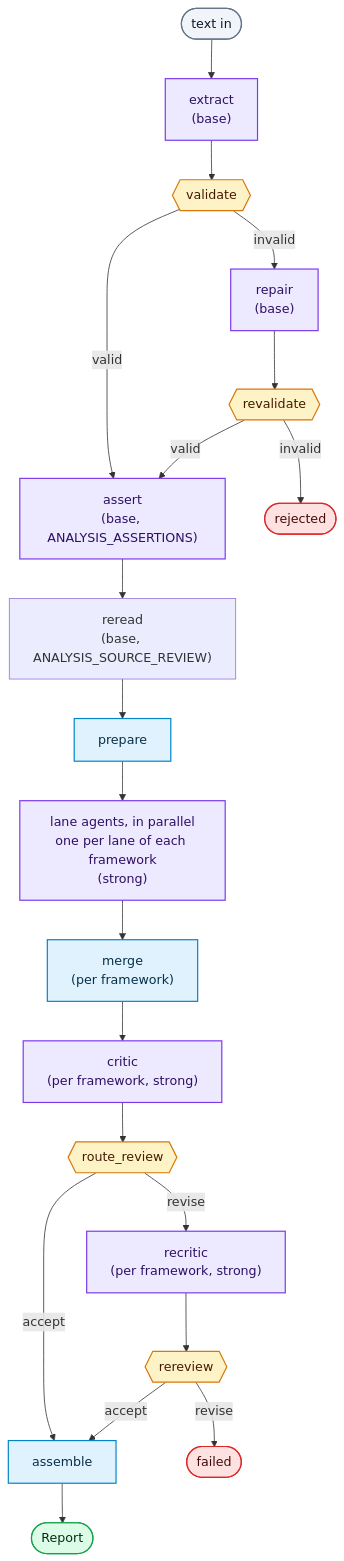
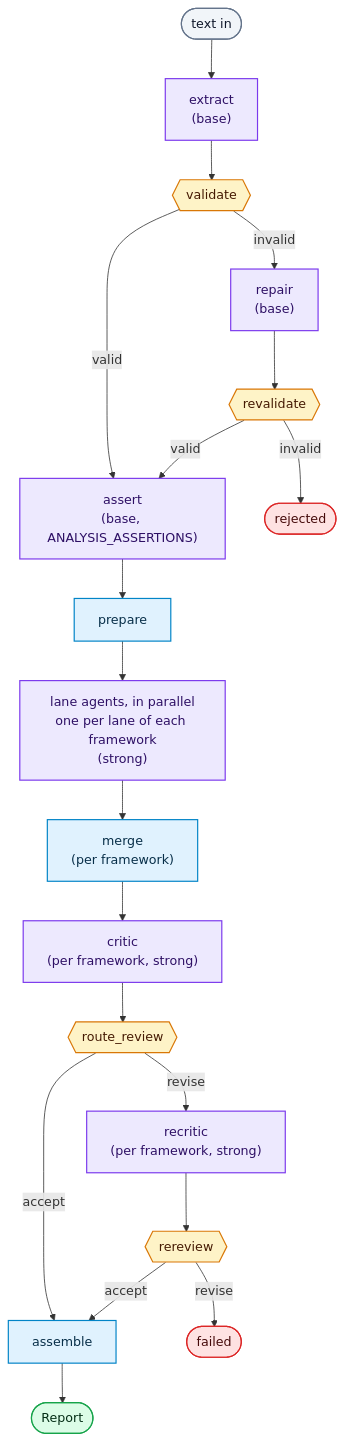
Before and after one commit to mstarks01/work-agent: the diagram in docs/Architecture.md, drawn with Mermaid. The commit also changed other lines of this file and 114 other files, not shown here.

First line of the commit message:
Remove the facts-first reading and the source review pass (#1003) (#1603)

````diff
--- a/docs/Architecture.md
+++ b/docs/Architecture.md
@@ -18,38 +18,37 @@
 ```mermaid
 flowchart TD
     start([text in]) --> extract["extract<br/>(base)"]
     extract --> validate{{validate}}
     validate -- valid --> assert["assert<br/>(base, ANALYSIS_ASSERTIONS)"]
     validate -- invalid --> repair["repair<br/>(base)"]
     repair --> revalidate{{revalidate}}
     revalidate -- valid --> assert
     revalidate -- invalid --> reject([rejected])
-    assert --> reread["reread<br/>(base, ANALYSIS_SOURCE_REVIEW)"]
-    reread --> prepare[prepare]
+    assert --> prepare[prepare]
 
     prepare --> analyze["lane agents, in parallel<br/>one per lane of each framework<br/>(strong)"]
     analyze --> merge["merge<br/>(per framework)"]
     merge --> critic["critic<br/>(per framework, strong)"]
     critic --> router{{route_review}}
 
     router -- accept --> assemble[assemble]
     router -- revise --> recritic["recritic<br/>(per framework, strong)"]
     recritic --> rereview{{rereview}}
     rereview -- accept --> assemble
     rereview -- revise --> failed([failed])
     assemble --> report([Report])
 
     classDef llm fill:#ede9fe,stroke:#7c3aed,stroke-width:1.5px,color:#2e1065
     classDef code fill:#e0f2fe,stroke:#0284c7,stroke-width:1.5px,color:#082f49
     classDef gate fill:#fef3c7,stroke:#d97706,stroke-width:1.5px,color:#451a03
     classDef good fill:#dcfce7,stroke:#16a34a,stroke-width:1.5px,color:#052e16
     classDef bad fill:#fee2e2,stroke:#dc2626,stroke-width:1.5px,color:#450a0a
     classDef io fill:#f1f5f9,stroke:#64748b,stroke-width:1.5px,color:#0f172a
 
     class extract,repair,assert,analyze,critic,recritic llm
     class prepare,merge,assemble code
     class validate,revalidate,router,rereview gate
     class report good
     class reject,failed bad
     class start io
 ```
````
